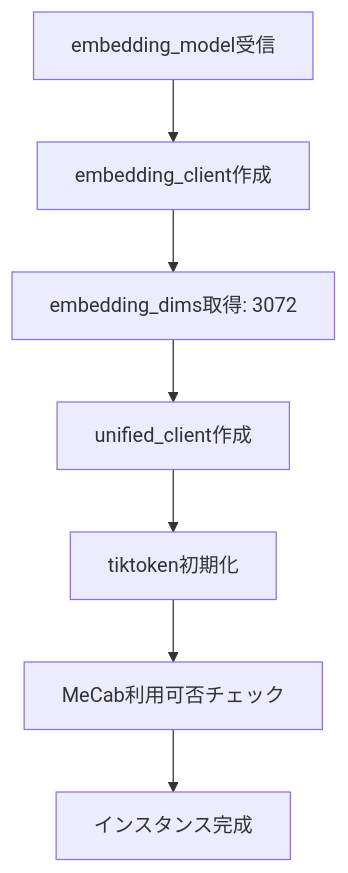
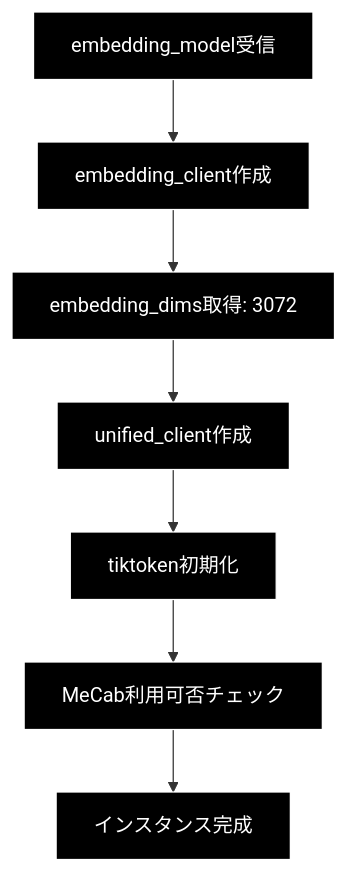
Before and after one commit to nakashima2toshio/anthropic_grace_agent_v2: the second of 9 diagrams in qa_generation/doc/semantic.md, drawn with Mermaid. The commit also changed other lines of this file and 14 other files, not shown here.

````diff
--- a/qa_generation/doc/semantic.md
+++ b/qa_generation/doc/semantic.md
@@ -140,9 +148,12 @@
 ```mermaid
 flowchart TD
     A[embedding_model受信] --> B[embedding_client作成]
     B --> C[embedding_dims取得: 3072]
     C --> D[unified_client作成]
     D --> E[tiktoken初期化]
     E --> F[MeCab利用可否チェック]
     F --> G[インスタンス完成]
+classDef default fill:#000,stroke:#fff,color:#fff
+classDef subgraphStyle fill:#1a1a1a,stroke:#fff,color:#fff
+class A,B,C,D,E,F,G default
 ```
````
